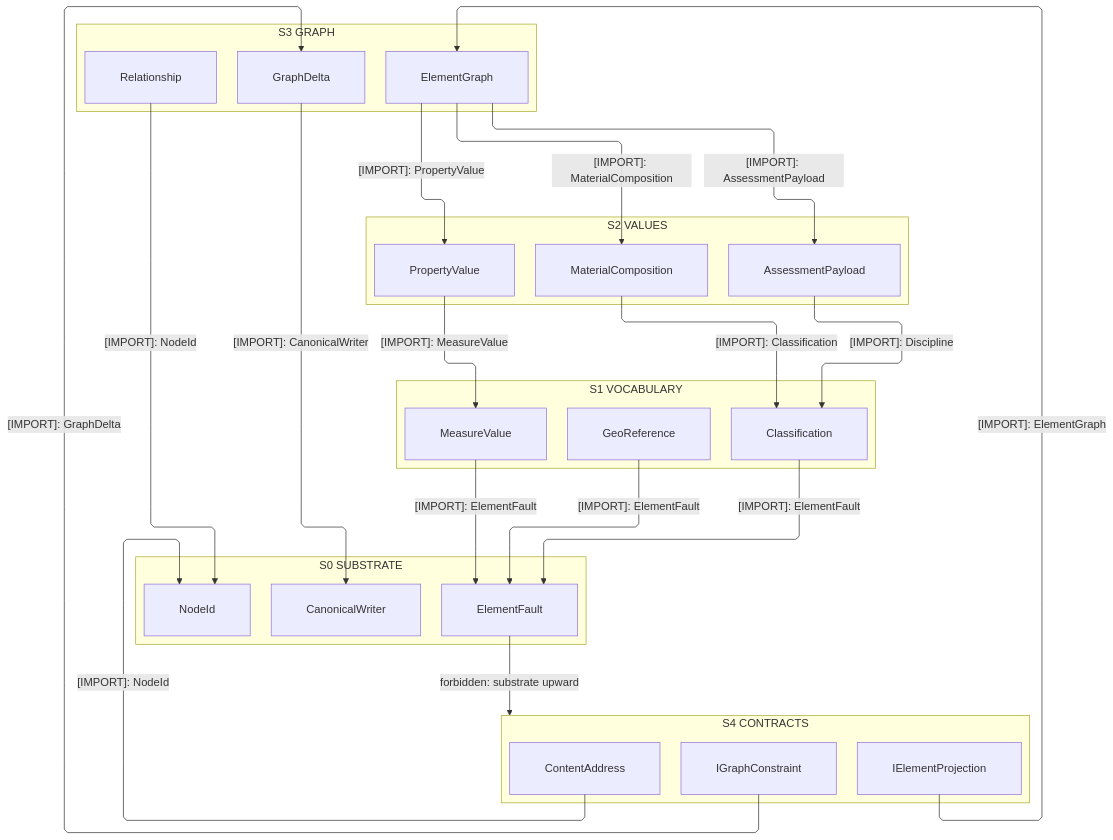
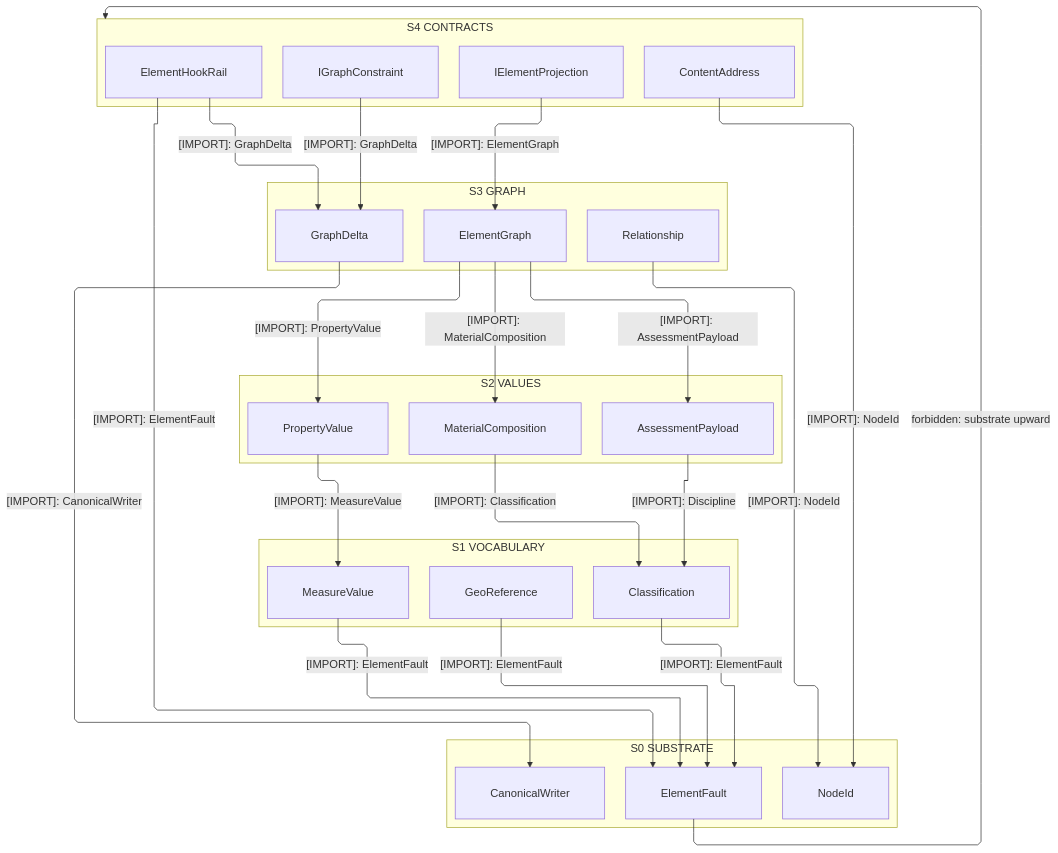
One commit to bsamiee/Rasm changed the first of 3 diagrams in libs/csharp/Rasm.Element/ARCHITECTURE.md. Above: the diagram before and after it, drawn with Mermaid. The commit also changed other lines of this file and 195 other files, not shown here.

````diff
--- a/libs/csharp/Rasm.Element/ARCHITECTURE.md
+++ b/libs/csharp/Rasm.Element/ARCHITECTURE.md
@@ -47,52 +48,55 @@
 ```mermaid
 ---
 config:
   layout: elk
   flowchart:
     curve: linear
     padding: 25
 ---
 flowchart TB
     accTitle: Rasm.Element interior strata
     accDescr: Five member-resolved strata from the projection contracts and content codec through the element graph and its value and vocabulary families onto the fault-and-key substrate, every consumption edge downward naming one sourced type, and one forbidden upward edge marked.
     subgraph L4["S4 CONTRACTS"]
         IProjection[IElementProjection]
         IConstraint[IGraphConstraint]
         Address[ContentAddress]
+        HookRail[ElementHookRail]
     end
     subgraph L3["S3 GRAPH"]
         ElementGraph[ElementGraph]
         Delta[GraphDelta]
         Relationship[Relationship]
     end
     subgraph L2["S2 VALUES"]
         Property[PropertyValue]
         Composition[MaterialComposition]
         Payload[AssessmentPayload]
     end
     subgraph L1["S1 VOCABULARY"]
         Classification[Classification]
         Measure[MeasureValue]
         GeoReference[GeoReference]
     end
     subgraph L0["S0 SUBSTRATE"]
         Fault[ElementFault]
         Writer[CanonicalWriter]
         NodeId[NodeId]
     end
     IProjection -->|"[IMPORT]: ElementGraph"| ElementGraph
     IConstraint -->|"[IMPORT]: GraphDelta"| Delta
+    HookRail -->|"[IMPORT]: GraphDelta"| Delta
+    HookRail -->|"[IMPORT]: ElementFault"| Fault
     Address -->|"[IMPORT]: NodeId"| NodeId
     ElementGraph -->|"[IMPORT]: PropertyValue"| Property
     ElementGraph -->|"[IMPORT]: MaterialComposition"| Composition
     ElementGraph -->|"[IMPORT]: AssessmentPayload"| Payload
     Delta -->|"[IMPORT]: CanonicalWriter"| Writer
     Relationship -->|"[IMPORT]: NodeId"| NodeId
     Property -->|"[IMPORT]: MeasureValue"| Measure
     Payload -->|"[IMPORT]: Discipline"| Classification
     Composition -->|"[IMPORT]: Classification"| Classification
     Classification -->|"[IMPORT]: ElementFault"| Fault
     GeoReference -->|"[IMPORT]: ElementFault"| Fault
     Measure -->|"[IMPORT]: ElementFault"| Fault
     Fault -->|"forbidden: substrate upward"| L4
 ```
````
